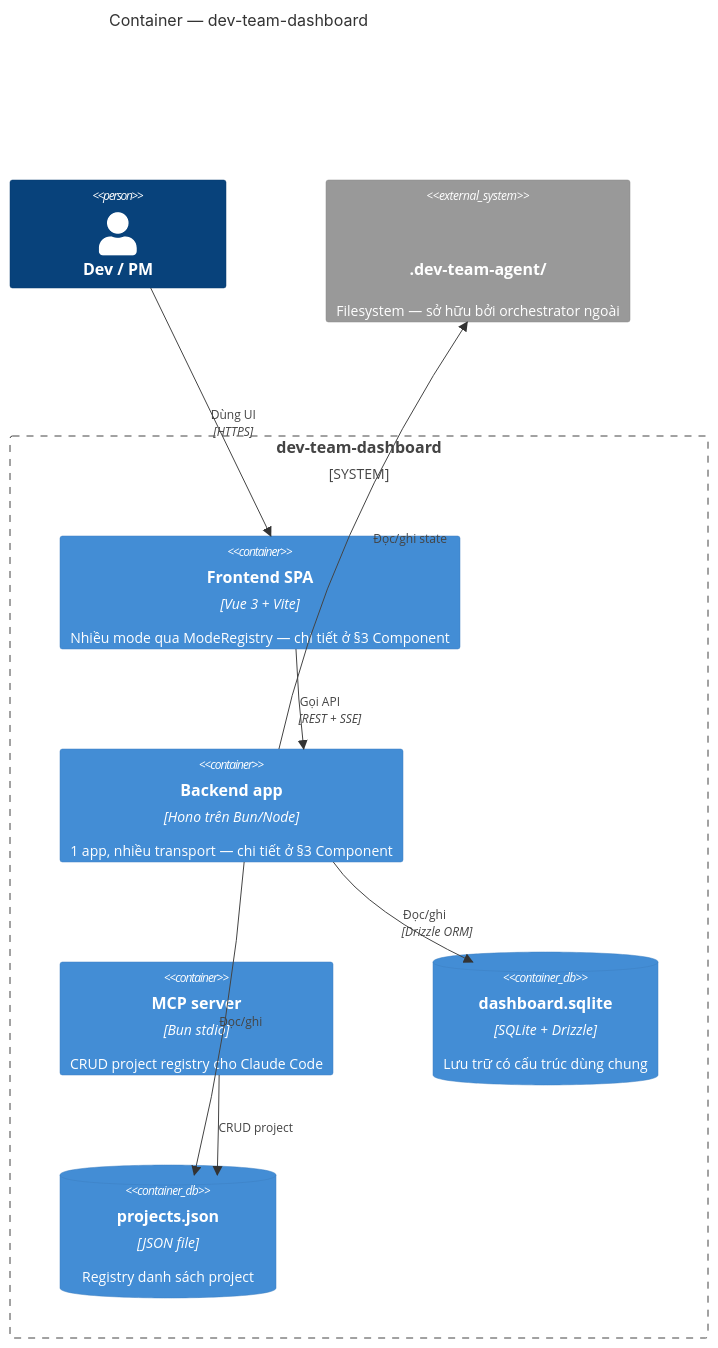
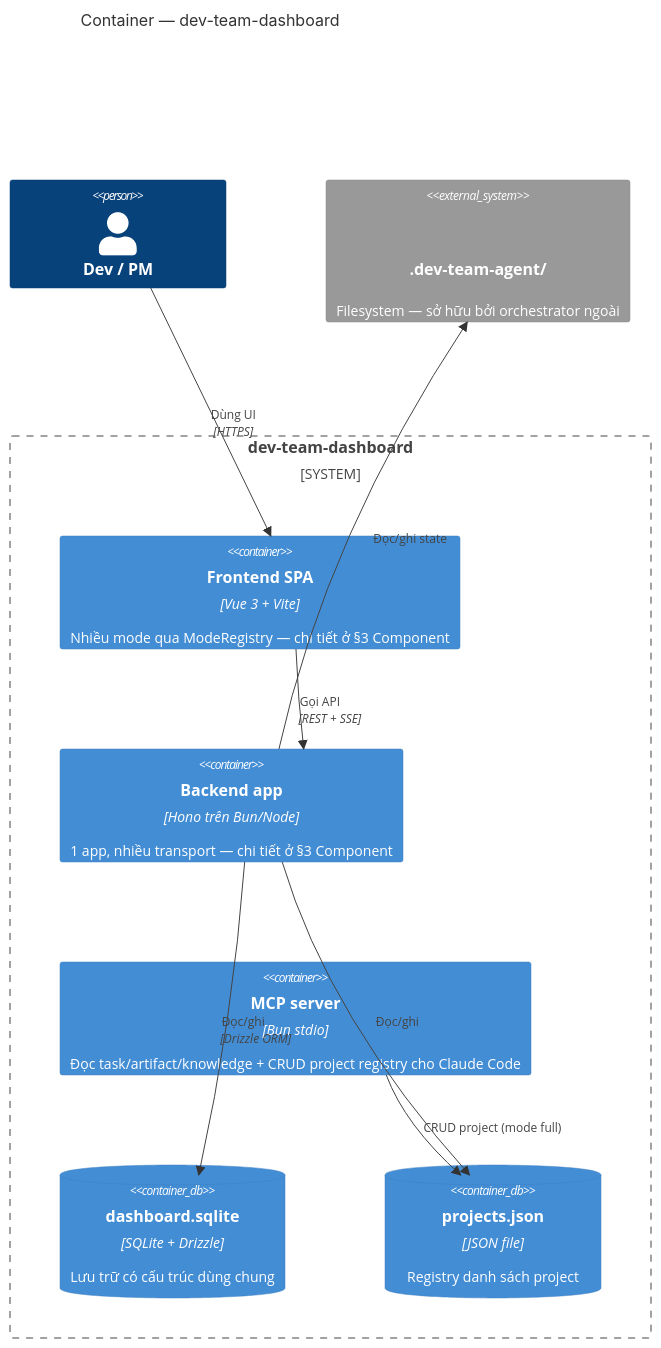
Before and after one commit to naut1402/agent-workflow: the second of 3 diagrams in docs/architecture/README.md, drawn with Mermaid. The commit also changed other lines of this file and 149 other files, not shown here.

````diff
--- a/docs/architecture/README.md
+++ b/docs/architecture/README.md
@@ -51,20 +51,20 @@
 ```mermaid
 C4Container
   title Container — dev-team-dashboard
   Person(user, "Dev / PM")
   System_Boundary(dashboard, "dev-team-dashboard") {
     Container(spa, "Frontend SPA", "Vue 3 + Vite", "Nhiều mode qua ModeRegistry — chi tiết ở §3 Component")
     Container(backend, "Backend app", "Hono trên Bun/Node", "1 app, nhiều transport — chi tiết ở §3 Component")
-    Container(mcp, "MCP server", "Bun stdio", "CRUD project registry cho Claude Code")
+    Container(mcp, "MCP server", "Bun stdio", "Đọc task/artifact/knowledge + CRUD project registry cho Claude Code")
     ContainerDb(sqlite, "dashboard.sqlite", "SQLite + Drizzle", "Lưu trữ có cấu trúc dùng chung")
     ContainerDb(registryFile, "projects.json", "JSON file", "Registry danh sách project")
   }
   System_Ext(dataRoot, ".dev-team-agent/", "Filesystem — sở hữu bởi orchestrator ngoài", "state, artifact, config, knowledge")
 
   Rel(user, spa, "Dùng UI", "HTTPS")
   Rel(spa, backend, "Gọi API", "REST + SSE")
   Rel(backend, dataRoot, "Đọc/ghi state")
   Rel(backend, sqlite, "Đọc/ghi", "Drizzle ORM")
   Rel(backend, registryFile, "Đọc/ghi")
-  Rel(mcp, registryFile, "CRUD project")
+  Rel(mcp, registryFile, "CRUD project (mode full)")
 ```
````
